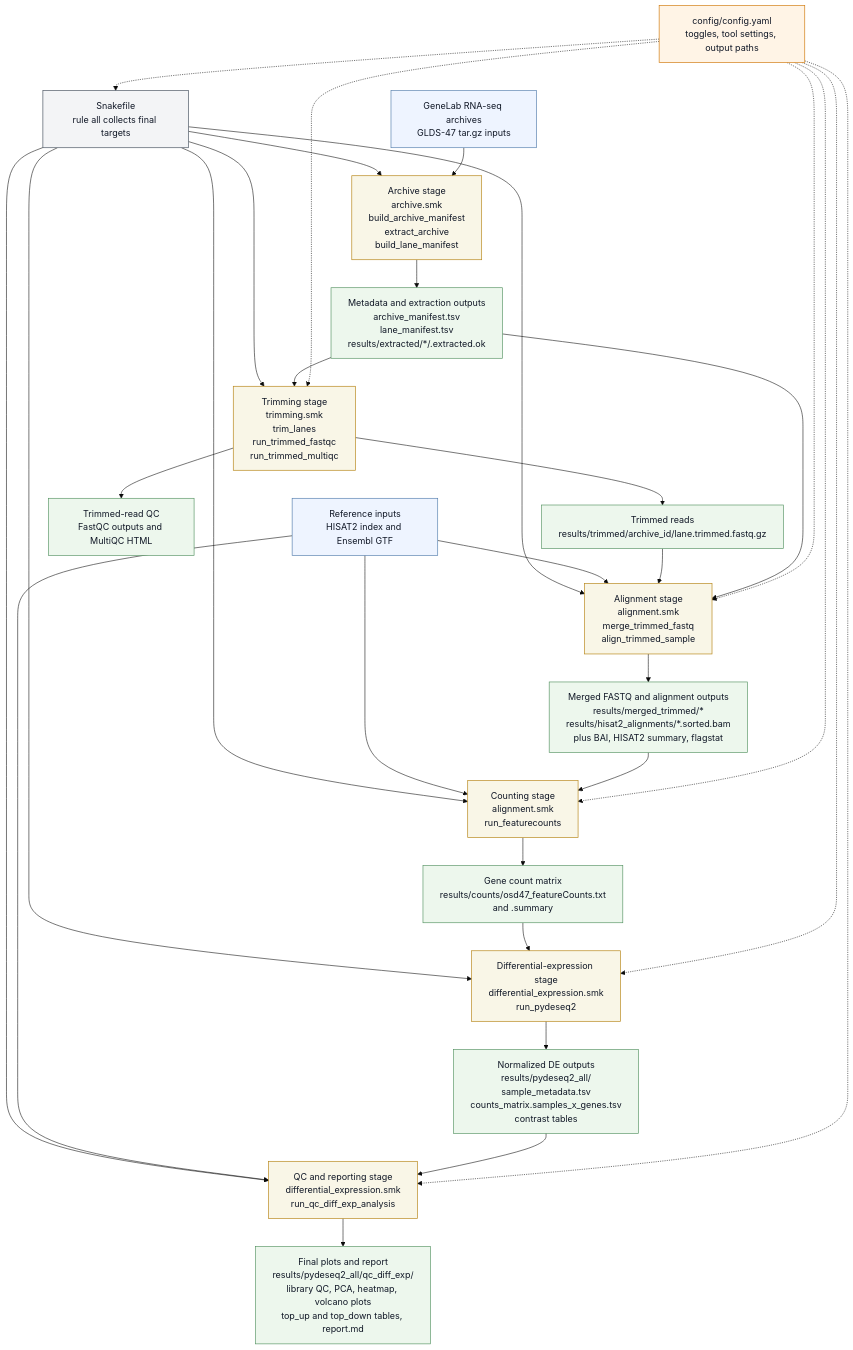
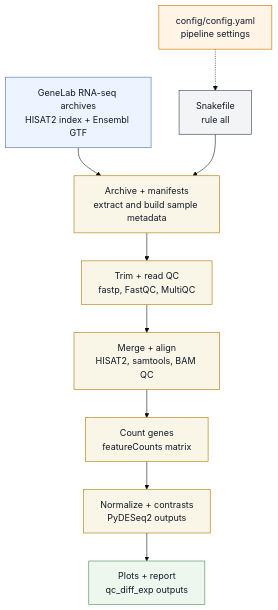
Before and after one commit to bryanlear/osd47-spaceflight-multiomics: the diagram in README.md, drawn with Mermaid (base theme). The commit also changed 5 other files, not shown here.

````diff
--- a/README.md
+++ b/README.md
@@ -12,58 +12,23 @@
 ```mermaid
 flowchart TD
 	classDef control fill:#F3F4F6,stroke:#4B5563,color:#111827,stroke-width:1.2px;
 	classDef config fill:#FFF4E6,stroke:#D17B0F,color:#111827,stroke-width:1.2px;
 	classDef input fill:#EEF4FF,stroke:#4C78A8,color:#111827,stroke-width:1.1px;
 	classDef stage fill:#F9F6E7,stroke:#B8871B,color:#111827,stroke-width:1.2px;
 	classDef output fill:#EDF7ED,stroke:#4E8F5C,color:#111827,stroke-width:1.1px;
 
-	snakefile[Snakefile<br/>rule all collects final targets]:::control
-	config[config/config.yaml<br/>toggles, tool settings, output paths]:::config
+	snakefile[Snakefile<br/>rule all]:::control
+	config[config/config.yaml<br/>pipeline settings]:::config
+	input[GeneLab RNA-seq archives<br/>HISAT2 index + Ensembl GTF]:::input
 
-	raw_archives[GeneLab RNA-seq archives<br/>GLDS-47 tar.gz inputs]:::input
-	references[Reference inputs<br/>HISAT2 index and Ensembl GTF]:::input
-
-	archive_stage[Archive stage<br/>archive.smk<br/>build_archive_manifest<br/>extract_archive<br/>build_lane_manifest]:::stage
-	archive_outputs[Metadata and extraction outputs<br/>archive_manifest.tsv<br/>lane_manifest.tsv<br/>results/extracted/*/.extracted.ok]:::output
-
-	trim_stage[Trimming stage<br/>trimming.smk<br/>trim_lanes<br/>run_trimmed_fastqc<br/>run_trimmed_multiqc]:::stage
-	trimmed_reads[Trimmed reads<br/>results/trimmed/archive_id/lane.trimmed.fastq.gz]:::output
-	trimmed_qc[Trimmed-read QC<br/>FastQC outputs and MultiQC HTML]:::output
-
-	align_stage[Alignment stage<br/>alignment.smk<br/>merge_trimmed_fastq<br/>align_trimmed_sample]:::stage
-	alignment_outputs[Merged FASTQ and alignment outputs<br/>results/merged_trimmed/*<br/>results/hisat2_alignments/*.sorted.bam<br/>plus BAI, HISAT2 summary, flagstat]:::output
-
-	count_stage[Counting stage<br/>alignment.smk<br/>run_featurecounts]:::stage
-	count_outputs[Gene count matrix<br/>results/counts/osd47_featureCounts.txt<br/>and .summary]:::output
-
-	de_stage[Differential-expression stage<br/>differential_expression.smk<br/>run_pydeseq2]:::stage
-	de_outputs[Normalized DE outputs<br/>results/pydeseq2_all/<br/>sample_metadata.tsv<br/>counts_matrix.samples_x_genes.tsv<br/>contrast tables]:::output
-
-	qc_stage[QC and reporting stage<br/>differential_expression.smk<br/>run_qc_diff_exp_analysis]:::stage
-	qc_outputs[Final plots and report<br/>results/pydeseq2_all/qc_diff_exp/<br/>library QC, PCA, heatmap, volcano plots<br/>top_up and top_down tables, report.md]:::output
+	archive[Archive + manifests<br/>extract and build sample metadata]:::stage
+	trim[Trim + read QC<br/>fastp, FastQC, MultiQC]:::stage
+	align[Merge + align<br/>HISAT2, samtools, BAM QC]:::stage
+	counts[Count genes<br/>featureCounts matrix]:::stage
+	de[Normalize + contrasts<br/>PyDESeq2 outputs]:::stage
+	report[Plots + report<br/>qc_diff_exp outputs]:::output
 
 	config -.-> snakefile
-	config -.-> trim_stage
-	config -.-> align_stage
-	config -.-> count_stage
-	config -.-> de_stage
-	config -.-> qc_stage
-
-	raw_archives --> archive_stage --> archive_outputs
-	archive_outputs --> trim_stage --> trimmed_reads
-	trim_stage --> trimmed_qc
-	archive_outputs --> align_stage
-	trimmed_reads --> align_stage
-	references --> align_stage
-	align_stage --> alignment_outputs --> count_stage --> count_outputs
-	references --> count_stage
-	count_outputs --> de_stage --> de_outputs --> qc_stage --> qc_outputs
-	references --> qc_stage
-
-	snakefile --> archive_stage
-	snakefile --> trim_stage
-	snakefile --> align_stage
-	snakefile --> count_stage
-	snakefile --> de_stage
-	snakefile --> qc_stage
+	input --> archive --> trim --> align --> counts --> de --> report
+	snakefile --> archive
 ```
````
